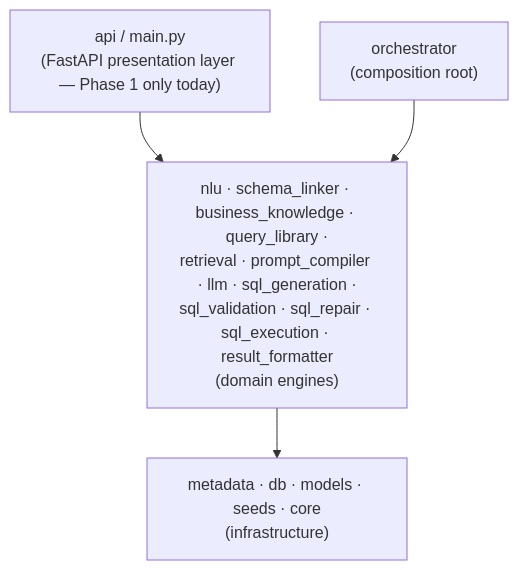
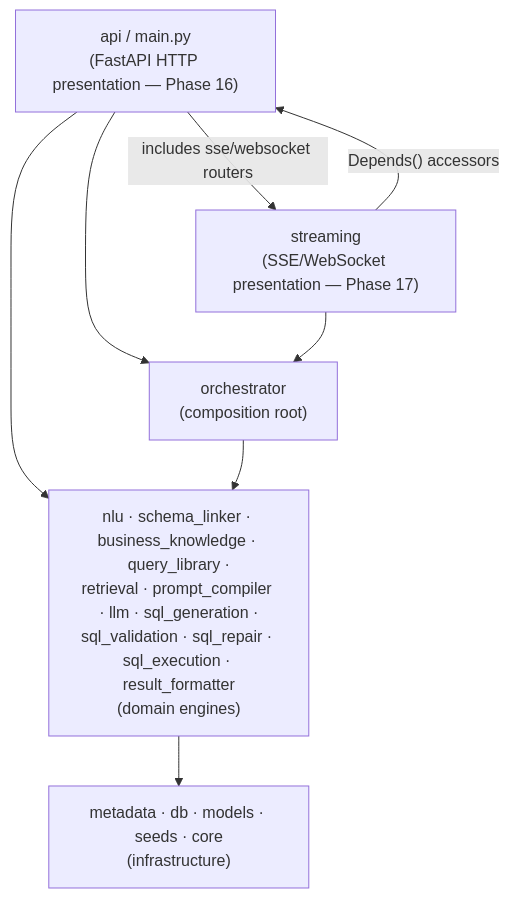
Before and after one commit to SumaTallapragada/querymind: the second of 3 diagrams in ARCHITECTURE.md, drawn with Mermaid. The commit also changed other lines of this file and 72 other files, not shown here.

First line of the commit message:
Phase 16 + 17: add FastAPI service layer and SSE/WebSocket streaming (querymind.api, querymind.streaming)

````diff
--- a/ARCHITECTURE.md
+++ b/ARCHITECTURE.md
@@ -91,11 +91,16 @@
 ```mermaid
 flowchart TB
-    API["api / main.py\n(FastAPI presentation layer — Phase 1 only today)"]
+    API["api / main.py\n(FastAPI HTTP presentation — Phase 16)"]
+    STREAM["streaming\n(SSE/WebSocket presentation — Phase 17)"]
     ORCH["orchestrator\n(composition root)"]
     DOMAIN["nlu · schema_linker · business_knowledge · query_library ·\nretrieval · prompt_compiler · llm · sql_generation ·\nsql_validation · sql_repair · sql_execution · result_formatter\n(domain engines)"]
     INFRA["metadata · db · models · seeds · core\n(infrastructure)"]
 
+    API --> ORCH
     API --> DOMAIN
+    API -- "includes sse/websocket routers" --> STREAM
+    STREAM -- "Depends() accessors" --> API
+    STREAM --> ORCH
     ORCH --> DOMAIN
     DOMAIN --> INFRA
 ```
````
